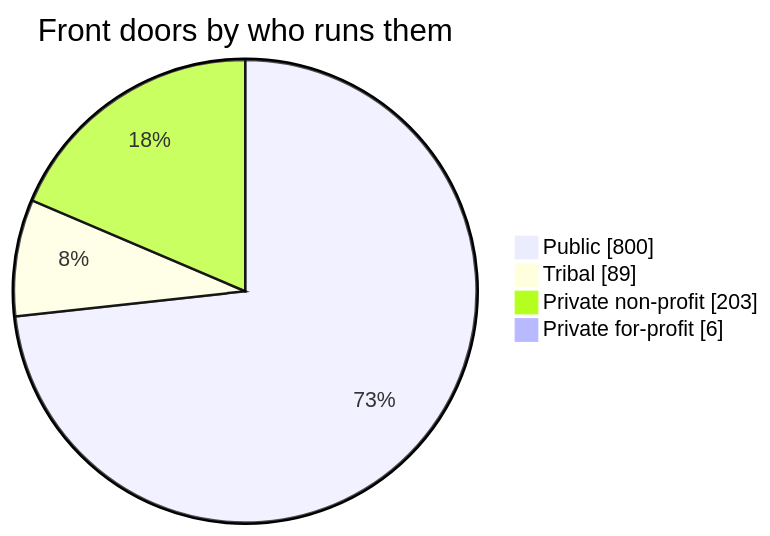
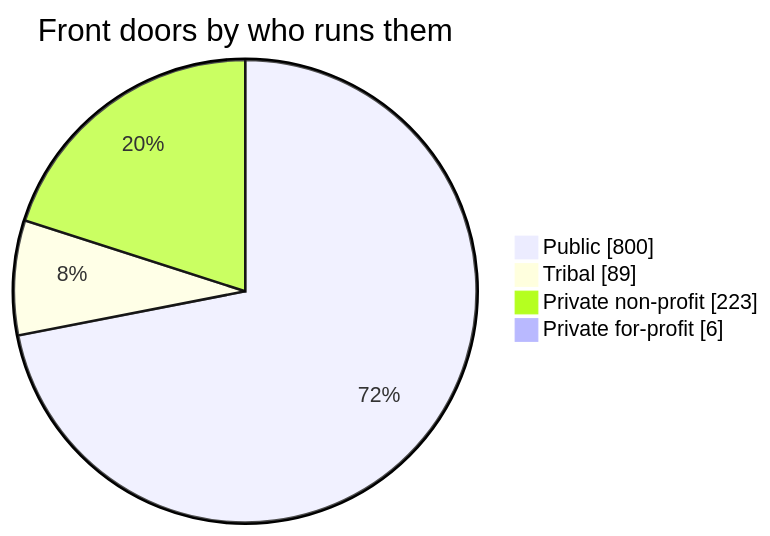
The third of 3 diagrams in docs/us-survey-plan.md (jamiegannaway/kinderform), drawn with Mermaid before and after one commit. The commit also changed other lines of this file and 1 other file, not shown here.

First line of the commit message:
US register: private agencies for Alabama to Florida

````diff
--- a/docs/us-survey-plan.md
+++ b/docs/us-survey-plan.md
@@ -65,7 +65,7 @@
 ```mermaid
 pie showData title Front doors by who runs them
     "Public" : 800
     "Tribal" : 89
-    "Private non-profit" : 203
+    "Private non-profit" : 223
     "Private for-profit" : 6
 ```
````
